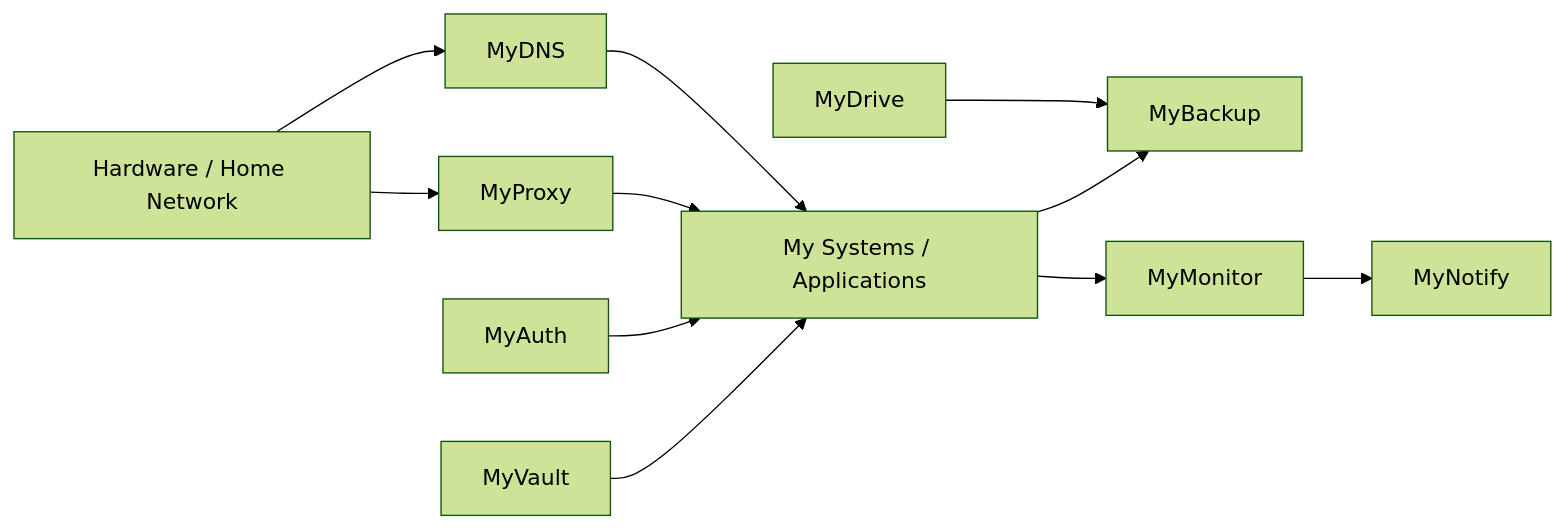
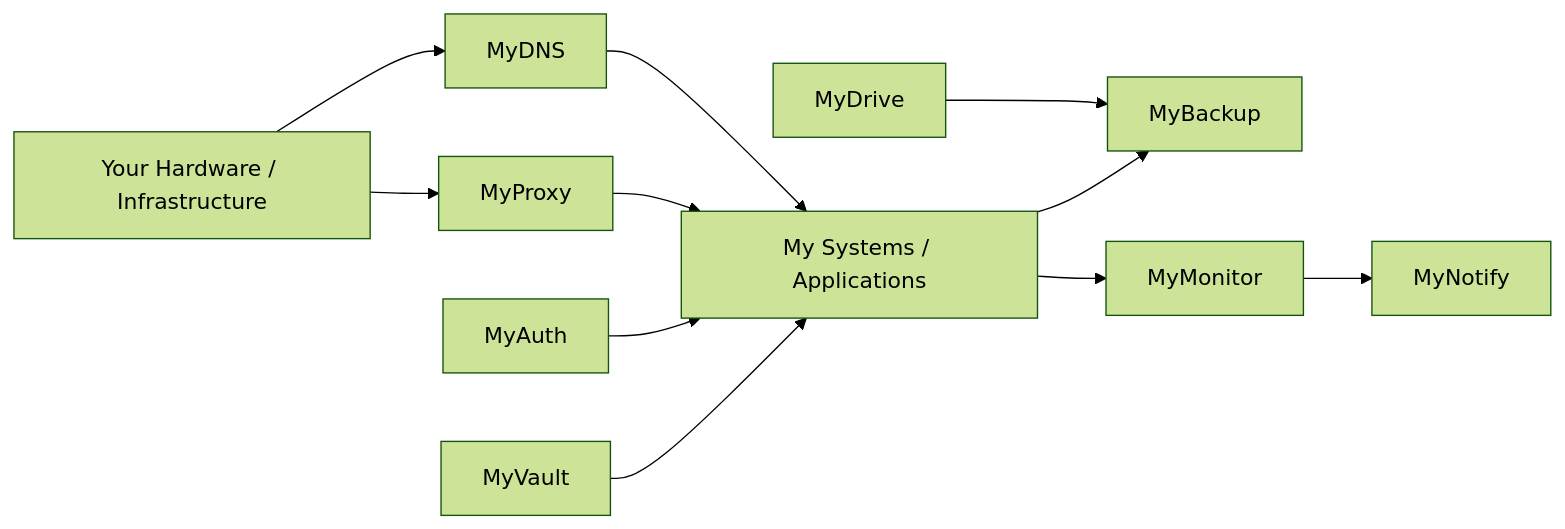
The diagram in docs/index.md (aaron-fredrick/My-Systems), drawn with Mermaid (forest theme) before and after one commit. The commit also changed other lines of this file, not shown here.

````diff
--- a/docs/index.md
+++ b/docs/index.md
@@ -70,13 +72,13 @@
 ```mermaid
 flowchart LR
-    H[Hardware / Home Network] --> DNS[MyDNS]
+    H[Your Hardware / Infrastructure] --> DNS[MyDNS]
     H --> Proxy[MyProxy]
     DNS --> Services[My Systems / Applications]
     Proxy --> Services
     Auth[MyAuth] --> Services
     Vault[MyVault] --> Services
     Drive[MyDrive] --> Backup[MyBackup]
     Services --> Backup
     Services --> Monitor[MyMonitor]
     Monitor --> Notify[MyNotify]
 ```
````
